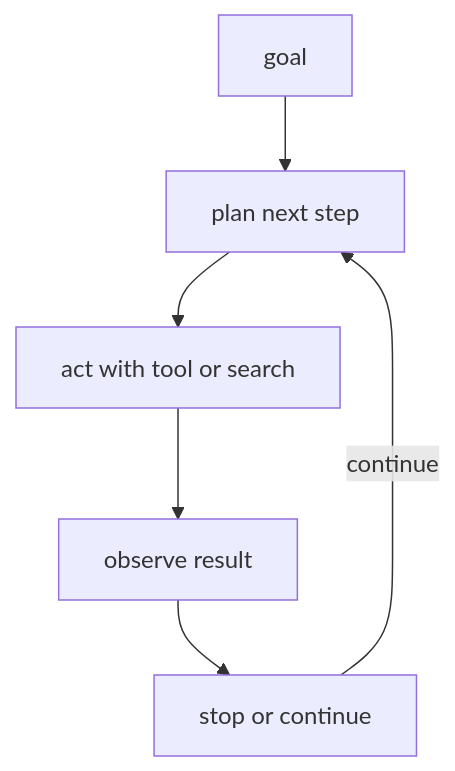
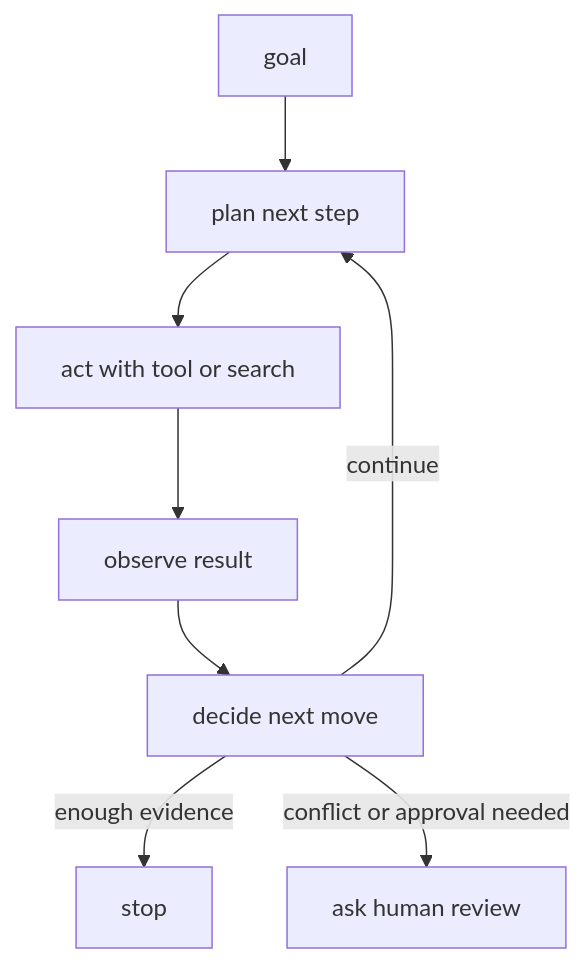
The diagram in docs/parts/part-05/chapter-13/section-02.md (devchan64/AiBook), drawn with Mermaid before and after one commit. The commit also changed other lines of this file and 3 other files, not shown here.

Commit message:
docs: add agent and mcp comparison charts

````diff
--- a/docs/parts/part-05/chapter-13/section-02.md
+++ b/docs/parts/part-05/chapter-13/section-02.md
@@ -128,14 +128,18 @@
 ```mermaid
 flowchart TD
   A["goal"]
   B["plan next step"]
   C["act with tool or search"]
   D["observe result"]
-  E["stop or continue"]
+  E["decide next move"]
+  F["stop"]
+  G["ask human review"]
 
   A --> B
   B --> C
   C --> D
   D --> E
   E -->|continue| B
+  E -->|enough evidence| F
+  E -->|conflict or approval needed| G
 ```
````
